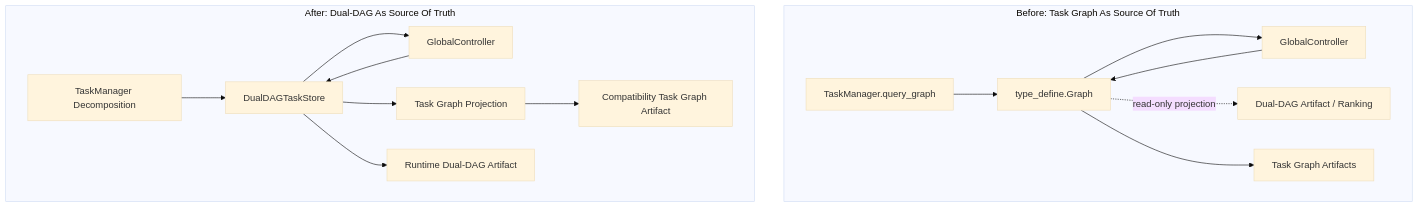
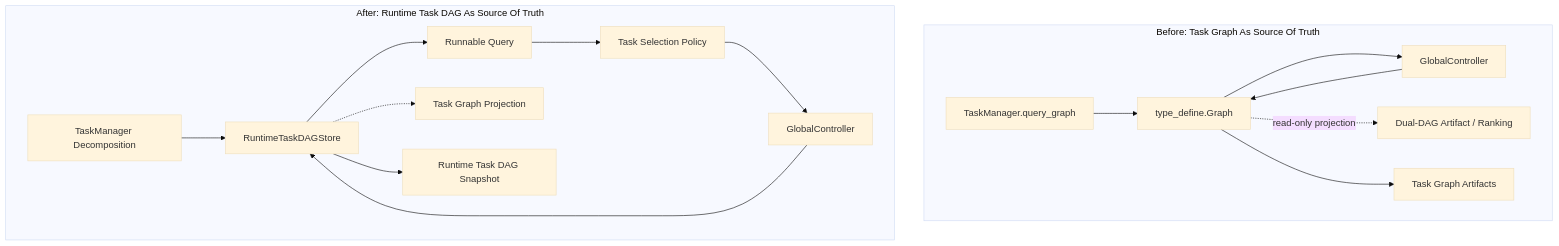
Before and after one commit to uPiscium/VillagerAgent: the sixth of 6 diagrams in docs/architecture.md, drawn with Mermaid (base theme). The commit also changed other lines of this file and 8 other files, not shown here.

Commit message:
Document runtime task DAG boundaries (#274)

````diff
--- a/docs/architecture.md
+++ b/docs/architecture.md
@@ -272,32 +141,27 @@
 ```mermaid
 flowchart TB
     subgraph Before[Before: Task Graph As Source Of Truth]
         B1[TaskManager.query_graph]
         B2[type_define.Graph]
         B3[GlobalController]
         B4[Dual-DAG Artifact / Ranking]
         B5[Task Graph Artifacts]
-
-        B1 --> B2
-        B2 --> B3
-        B3 --> B2
+        B1 --> B2 --> B3 --> B2
         B2 -. read-only projection .-> B4
         B2 --> B5
     end
 
-    subgraph After[After: Dual-DAG As Source Of Truth]
+    subgraph After[After: Runtime Task DAG As Source Of Truth]
         A1[TaskManager Decomposition]
-        A2[DualDAGTaskStore]
-        A3[GlobalController]
-        A4[Task Graph Projection]
-        A5[Runtime Dual-DAG Artifact]
-        A6[Compatibility Task Graph Artifact]
-
-        A1 --> A2
-        A2 --> A3
-        A3 --> A2
-        A2 --> A4
-        A2 --> A5
-        A4 --> A6
+        A2[RuntimeTaskDAGStore]
+        A3[Runnable Query]
+        A4[Task Selection Policy]
+        A5[GlobalController]
+        A6[Task Graph Projection]
+        A7[Runtime Task DAG Snapshot]
+        A1 --> A2 --> A3 --> A4 --> A5
+        A5 --> A2
+        A2 -.-> A6
+        A2 --> A7
     end
 ```
````
